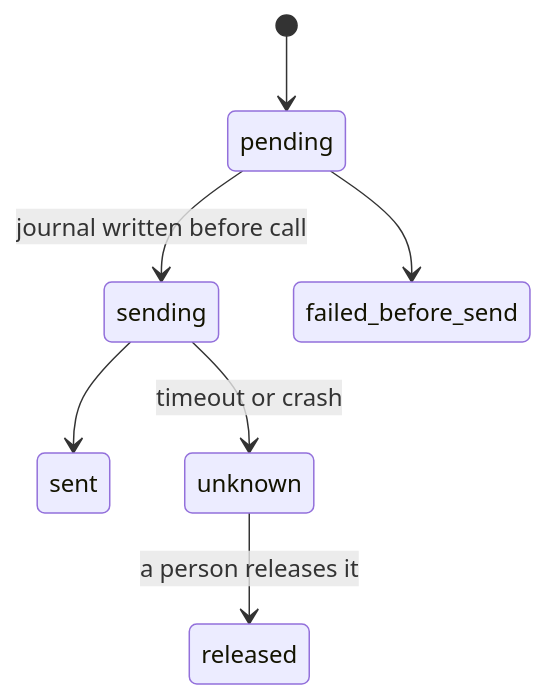
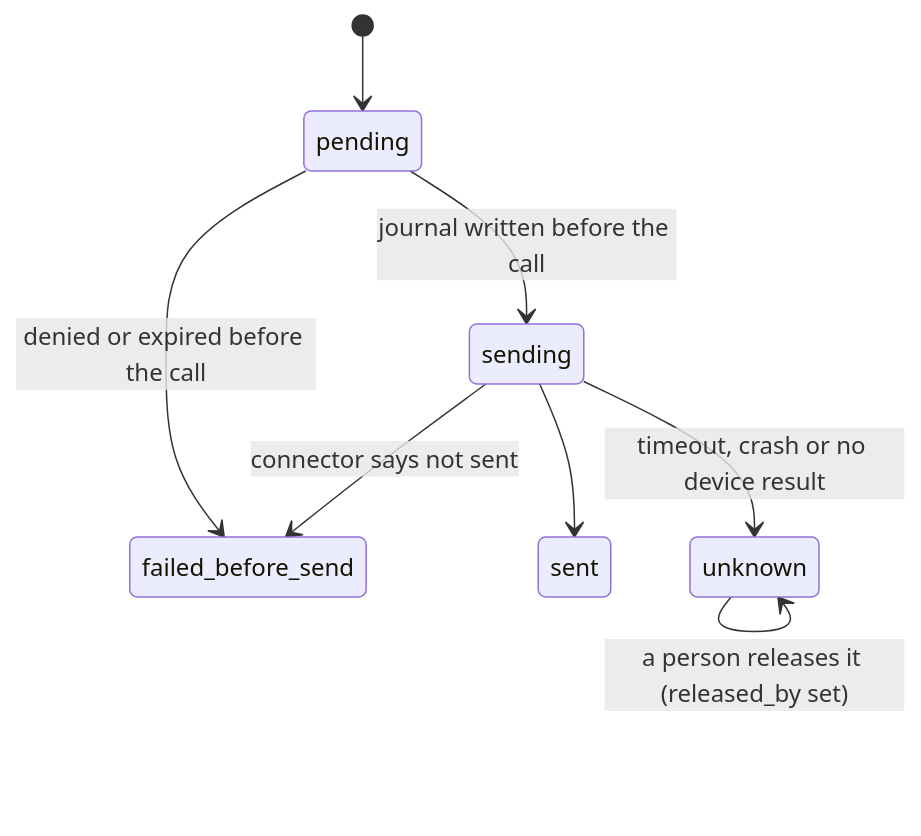
Diagram 13 of 21 in docs/ARCHITECTURE.md (tabani-png/offload-v2), drawn with Mermaid before and after one commit. The commit also changed other lines of this file and 11 other files, not shown here.

Commit message:
docs: architecture, data model, API, roadmap, open questions OQ-23 to OQ-26, glossary, README, agent rules (Claude Code standing rule)

````diff
--- a/docs/ARCHITECTURE.md
+++ b/docs/ARCHITECTURE.md
@@ -450,9 +627,10 @@
 ```mermaid
 stateDiagram-v2
   [*] --> pending
-  pending --> sending: journal written before call
-  pending --> failed_before_send
+  pending --> sending: journal written before the call
+  pending --> failed_before_send: denied or expired before the call
   sending --> sent
-  sending --> unknown: timeout or crash
-  unknown --> released: a person releases it
+  sending --> failed_before_send: connector says not sent
+  sending --> unknown: timeout, crash or no device result
+  unknown --> unknown: a person releases it (released_by set)
 ```
````
